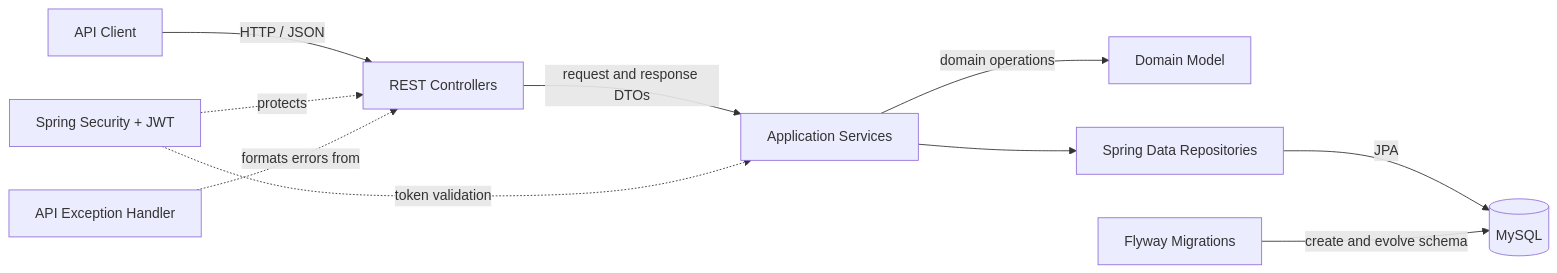
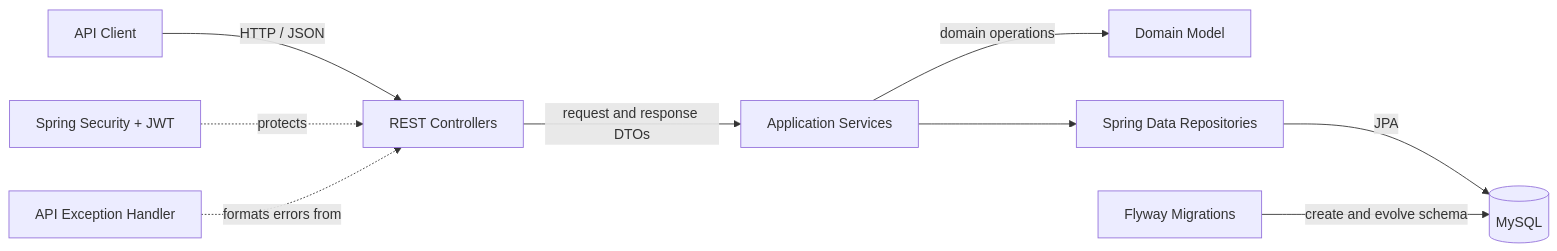
One commit to Utkarsh-tiwari-1/taskflow-uml changed the first of 6 diagrams in README.md. Above: the diagram before and after it, drawn with Mermaid. The commit also changed other lines of this file and 4 other files, not shown here.

Commit message:
Add TaskFlow UML diagrams

````diff
--- a/README.md
+++ b/README.md
@@ -9,12 +18,11 @@
 ```mermaid
 flowchart LR
     client["API Client"] -->|HTTP / JSON| controllers["REST Controllers"]
     controllers -->|request and response DTOs| services["Application Services"]
     services -->|domain operations| domain["Domain Model"]
     services --> repositories["Spring Data Repositories"]
     repositories -->|JPA| database[("MySQL")]
     migrations["Flyway Migrations"] -->|create and evolve schema| database
     auth["Spring Security + JWT"] -. protects .-> controllers
-    auth -. token validation .-> services
     exception["API Exception Handler"] -. formats errors from .-> controllers
 ```
````
